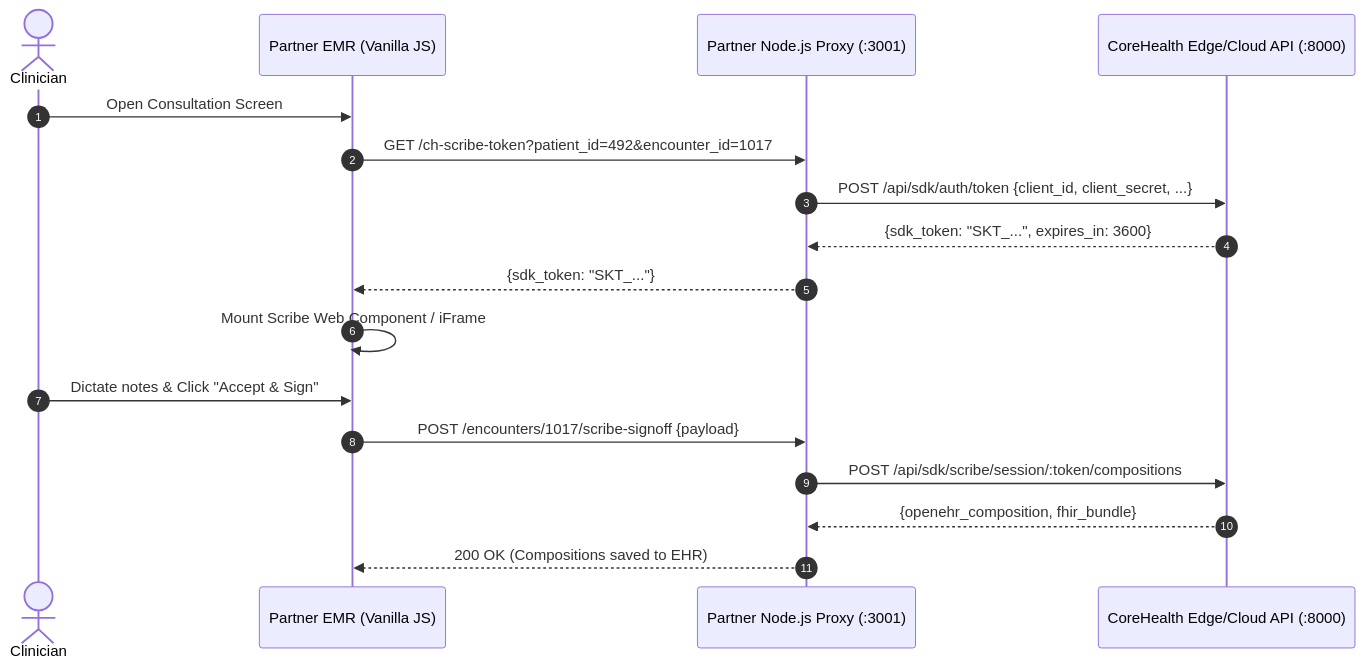
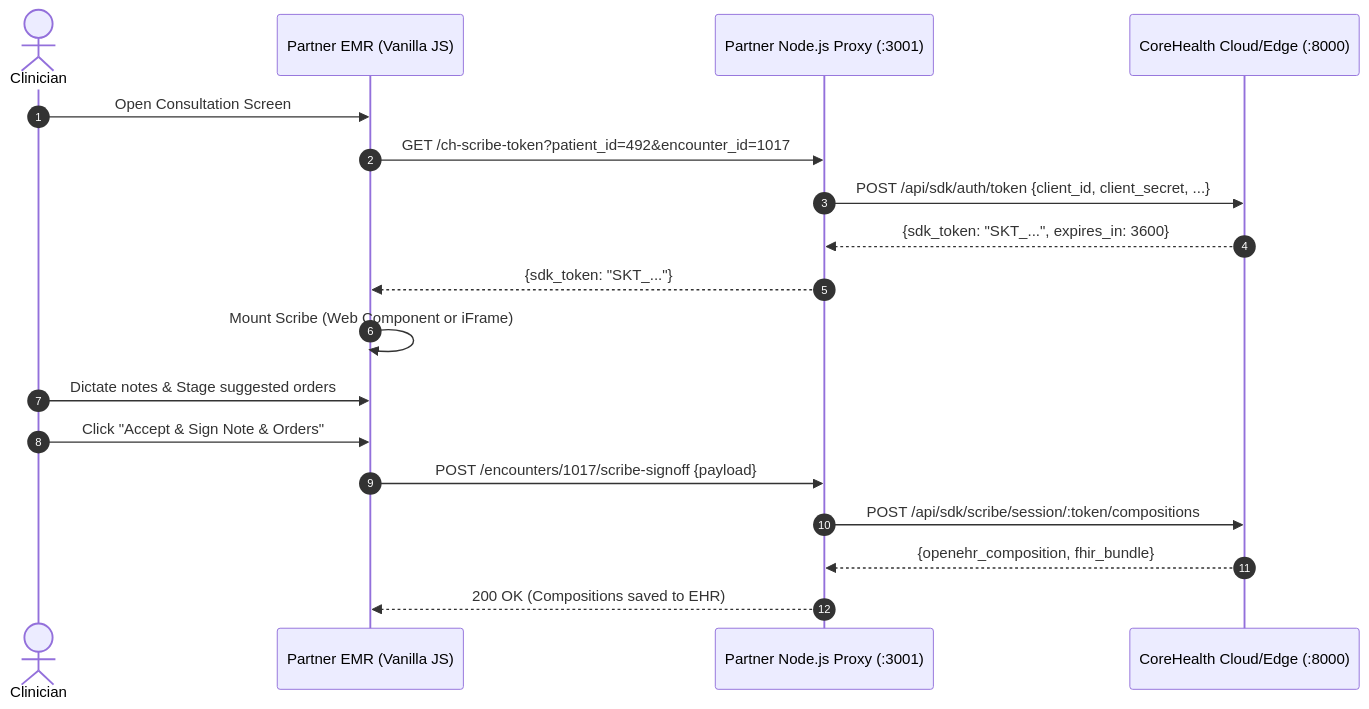
The diagram in docs/developer/interoperability/sdk-vanilla-demo-walkthrough.md (Corestreamng/corehealth_v2), drawn with Mermaid before and after one commit. The commit also changed other lines of this file and 24 other files, not shown here.

````diff
--- a/docs/developer/interoperability/sdk-vanilla-demo-walkthrough.md
+++ b/docs/developer/interoperability/sdk-vanilla-demo-walkthrough.md
@@ -16,20 +14,21 @@
 ```mermaid
 sequenceDiagram
     autonumber
     actor Clinician
     participant Browser as Partner EMR (Vanilla JS)
     participant Proxy as Partner Node.js Proxy (:3001)
-    participant CoreHealth as CoreHealth Edge/Cloud API (:8000)
+    participant CoreHealth as CoreHealth Cloud/Edge (:8000)
 
     Clinician->>Browser: Open Consultation Screen
     Browser->>Proxy: GET /ch-scribe-token?patient_id=492&encounter_id=1017
     Proxy->>CoreHealth: POST /api/sdk/auth/token {client_id, client_secret, ...}
     CoreHealth-->>Proxy: {sdk_token: "SKT_...", expires_in: 3600}
     Proxy-->>Browser: {sdk_token: "SKT_..."}
-    Browser->>Browser: Mount Scribe Web Component / iFrame
-    Clinician->>Browser: Dictate notes & Click "Accept & Sign"
+    Browser->>Browser: Mount Scribe (Web Component or iFrame)
+    Clinician->>Browser: Dictate notes & Stage suggested orders
+    Clinician->>Browser: Click "Accept & Sign Note & Orders"
     Browser->>Proxy: POST /encounters/1017/scribe-signoff {payload}
     Proxy->>CoreHealth: POST /api/sdk/scribe/session/:token/compositions
     CoreHealth-->>Proxy: {openehr_composition, fhir_bundle}
     Proxy-->>Browser: 200 OK (Compositions saved to EHR)
 ```
````
